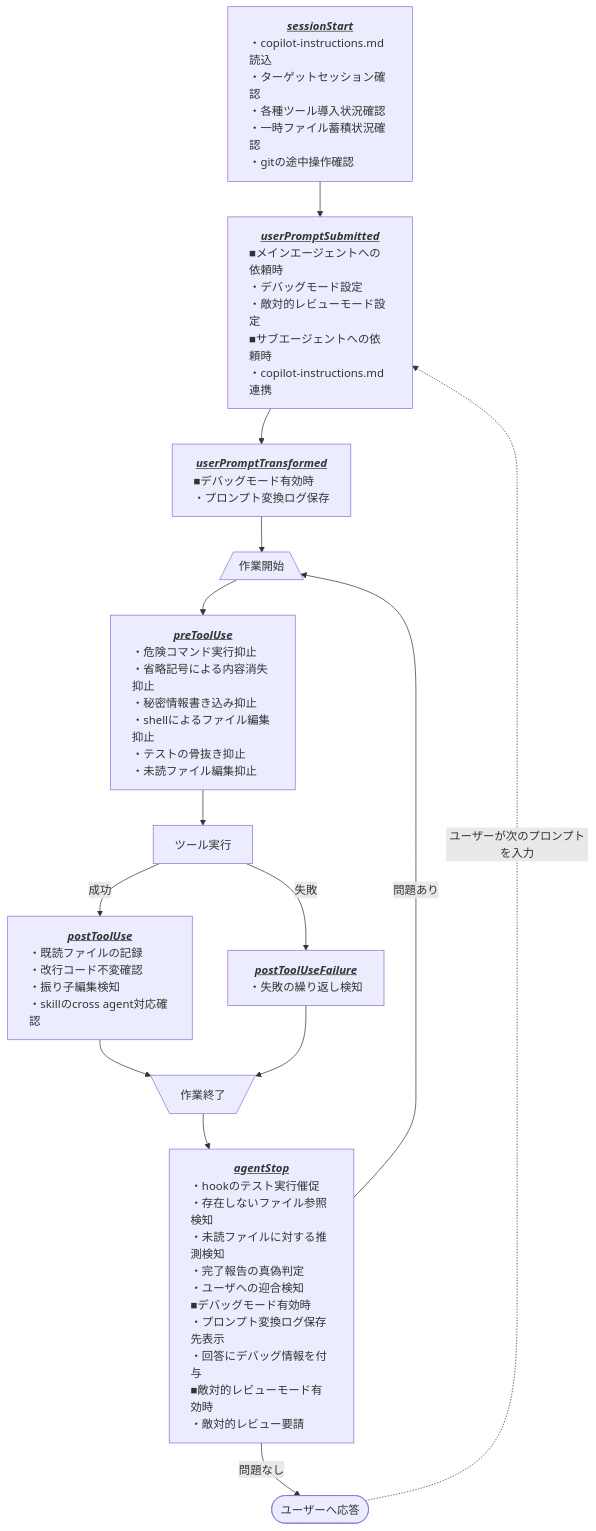
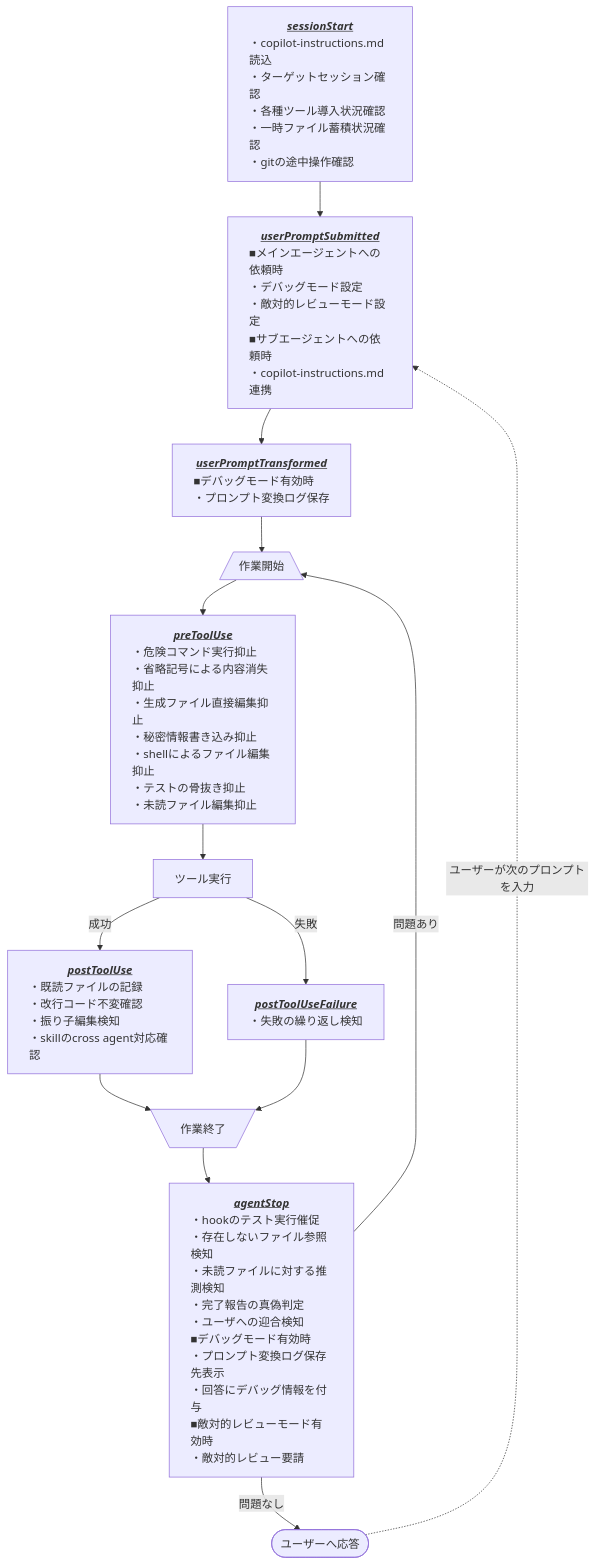
Before and after one commit to Widthdom/GHCAgentRefinement: the diagram in .github/README.md, drawn with Mermaid. The commit also changed other lines of this file and 5 other files, not shown here.

````diff
--- a/.github/README.md
+++ b/.github/README.md
@@ -20,33 +20,33 @@
 ```mermaid
 flowchart TD
 
     sessionStart["<b><i><u>sessionStart</u></i></b><br/><div style='text-align: left'>・copilot-instructions.md読込<br/>・ターゲットセッション確認<br/>・各種ツール導入状況確認<br/>・一時ファイル蓄積状況確認<br/>・gitの途中操作確認</div>"]
 
     userPromptSubmitted["<b><i><u>userPromptSubmitted</u></i></b><br/><div style='text-align: left'>■メインエージェントへの依頼時<br/>・デバッグモード設定<br/>・敵対的レビューモード設定<br/>■サブエージェントへの依頼時<br/>・copilot-instructions.md連携</div>"]
 
     userPromptTransformed["<b><i><u>userPromptTransformed</u></i></b><br/><div style='text-align: left'>■デバッグモード有効時<br/>・プロンプト変換ログ保存</div>"]
 
     LoopStart[/作業開始\]
 
-    preToolUse["<b><i><u>preToolUse</u></i></b><br/><div style='text-align: left'>・危険コマンド実行抑止<br/>・省略記号による内容消失抑止<br/>・秘密情報書き込み抑止<br/>・shellによるファイル編集抑止<br/>・テストの骨抜き抑止<br/>・未読ファイル編集抑止</div>"]
+    preToolUse["<b><i><u>preToolUse</u></i></b><br/><div style='text-align: left'>・危険コマンド実行抑止<br/>・省略記号による内容消失抑止<br/>・生成ファイル直接編集抑止<br/>・秘密情報書き込み抑止<br/>・shellによるファイル編集抑止<br/>・テストの骨抜き抑止<br/>・未読ファイル編集抑止</div>"]
 
     runTool["ツール実行"]
 
     postToolUse["<b><i><u>postToolUse</u></i></b><br/><div style='text-align: left'>・既読ファイルの記録<br/>・改行コード不変確認<br/>・振り子編集検知<br/>・skillのcross agent対応確認</div>"]
 
     postToolUseFailure["<b><i><u>postToolUseFailure</u></i></b><br/><div style='text-align: left'>・失敗の繰り返し検知</div>"]
 
     LoopEnd[\作業終了/]
 
     agentStop["<b><i><u>agentStop</u></i></b><br/><div style='text-align: left'>・hookのテスト実行催促<br/>・存在しないファイル参照検知<br/>・未読ファイルに対する推測検知<br/>・完了報告の真偽判定<br/>・ユーザへの迎合検知<br/>■デバッグモード有効時<br/>・プロンプト変換ログ保存先表示<br/>・回答にデバッグ情報を付与<br/>■敵対的レビューモード有効時<br/>・敵対的レビュー要請<br/></div>"]
 
     responseToUser(["ユーザーへ応答"])
 
     sessionStart --> userPromptSubmitted --> userPromptTransformed --> LoopStart --> preToolUse --> runTool
     runTool -- "成功" --> postToolUse --> LoopEnd
     runTool -- "失敗" --> postToolUseFailure --> LoopEnd
     LoopEnd --> agentStop
     agentStop -- "問題あり" --> LoopStart
     agentStop -- "問題なし" --> responseToUser
     responseToUser -. "ユーザーが次のプロンプトを入力" .-> userPromptSubmitted
 ```
````
